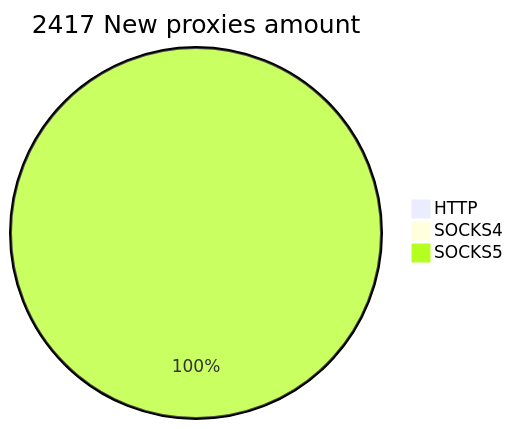
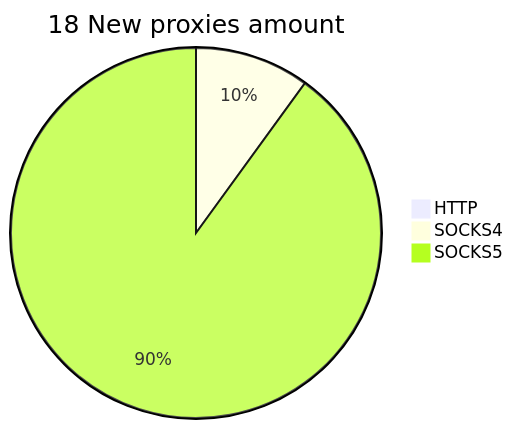
One commit to cutipu/proxylist changed the second of 2 diagrams in README.md. Above: the diagram before and after it, drawn with Mermaid. The commit also changed other lines of this file, not shown here.

````diff
--- a/README.md
+++ b/README.md
@@ -10,6 +10,6 @@
 ```mermaid
-pie title 2417 New proxies amount
+pie title 18 New proxies amount
     "HTTP" : 0
-    "SOCKS4" : 4
-    "SOCKS5" : 2414
+    "SOCKS4" : 2
+    "SOCKS5" : 18
 ```
````
